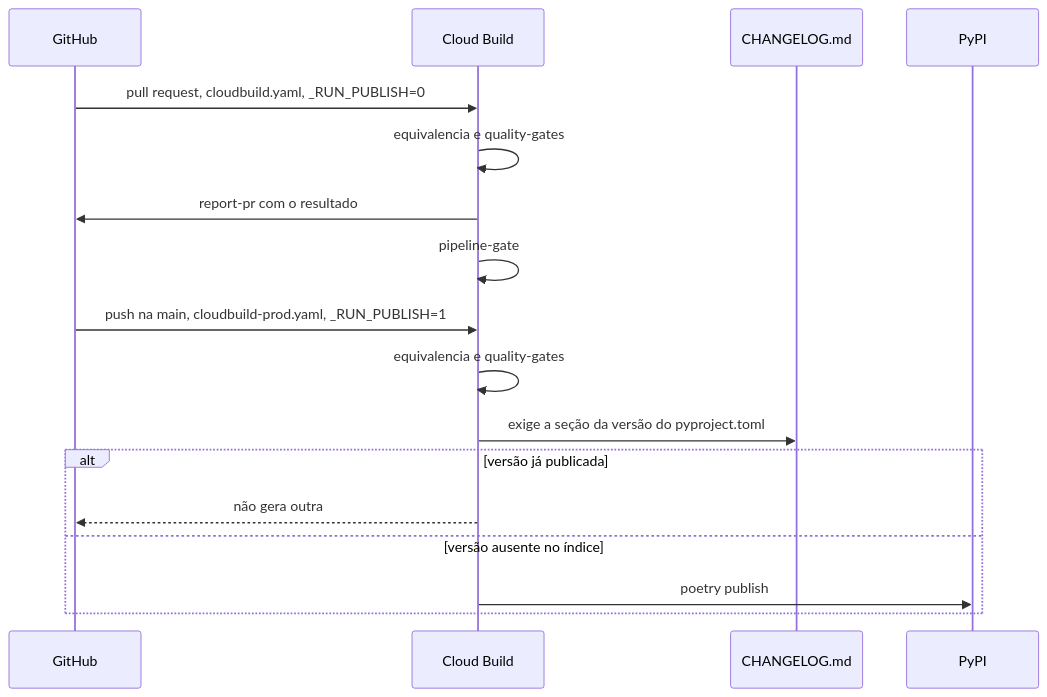
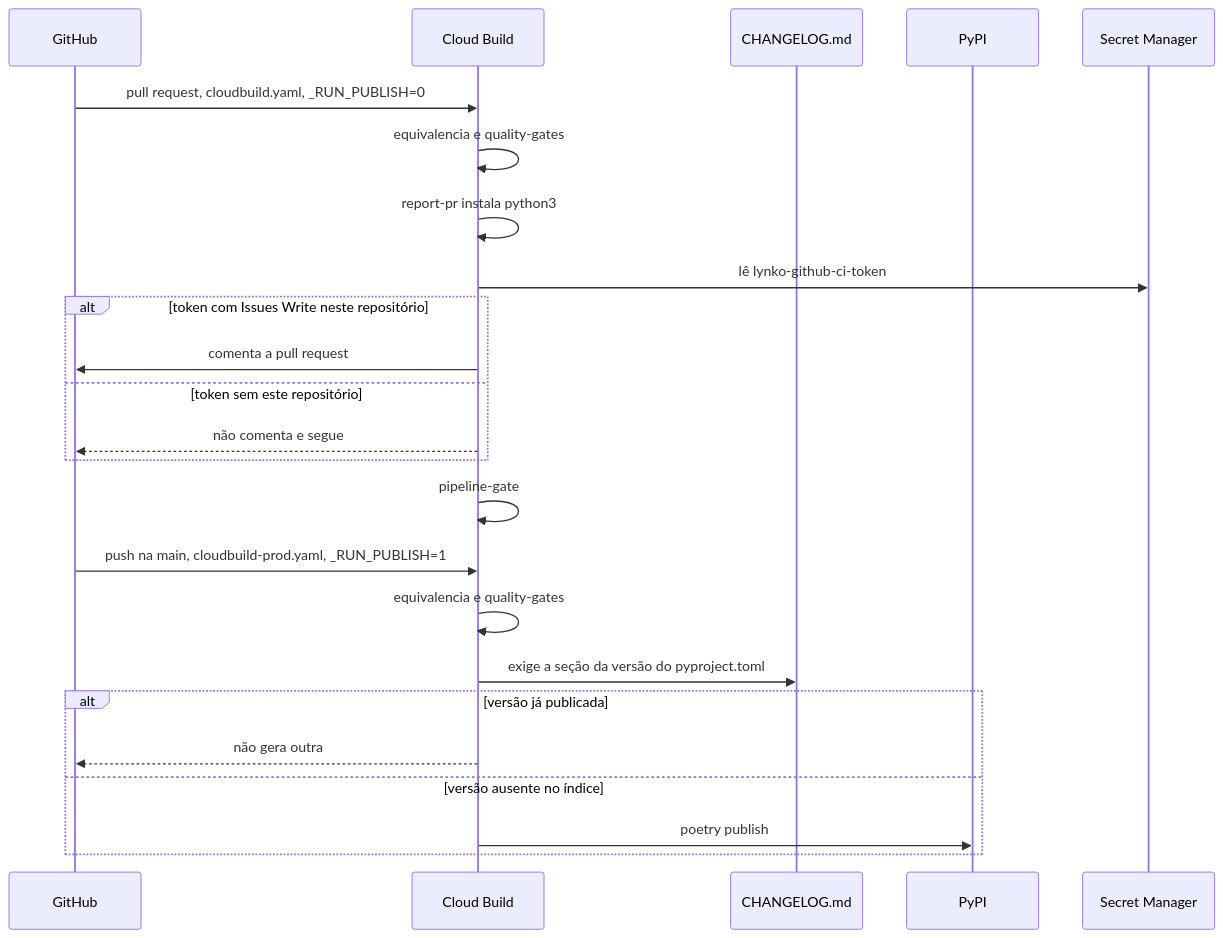
One commit to garusocruz/calculadora-rtc-simples-nacional changed the second of 3 diagrams in docs/publicacao-flow.md. Above: the diagram before and after it, drawn with Mermaid. The commit also changed other lines of this file and 2 other files, not shown here.

Commit message:
fix: instala o Python no comentário da pull request

````diff
--- a/docs/publicacao-flow.md
+++ b/docs/publicacao-flow.md
@@ -24,19 +25,26 @@
 ```mermaid
 sequenceDiagram
   participant GH as GitHub
   participant CB as Cloud Build
   participant CL as CHANGELOG.md
   participant Py as PyPI
+  participant SM as Secret Manager
   GH->>CB: pull request, cloudbuild.yaml, _RUN_PUBLISH=0
   CB->>CB: equivalencia e quality-gates
-  CB->>GH: report-pr com o resultado
+  CB->>CB: report-pr instala python3
+  CB->>SM: lê lynko-github-ci-token
+  alt token com Issues Write neste repositório
+    CB->>GH: comenta a pull request
+  else token sem este repositório
+    CB-->>GH: não comenta e segue
+  end
   CB->>CB: pipeline-gate
   GH->>CB: push na main, cloudbuild-prod.yaml, _RUN_PUBLISH=1
   CB->>CB: equivalencia e quality-gates
   CB->>CL: exige a seção da versão do pyproject.toml
   alt versão já publicada
     CB-->>GH: não gera outra
   else versão ausente no índice
     CB->>Py: poetry publish
   end
 ```
````
